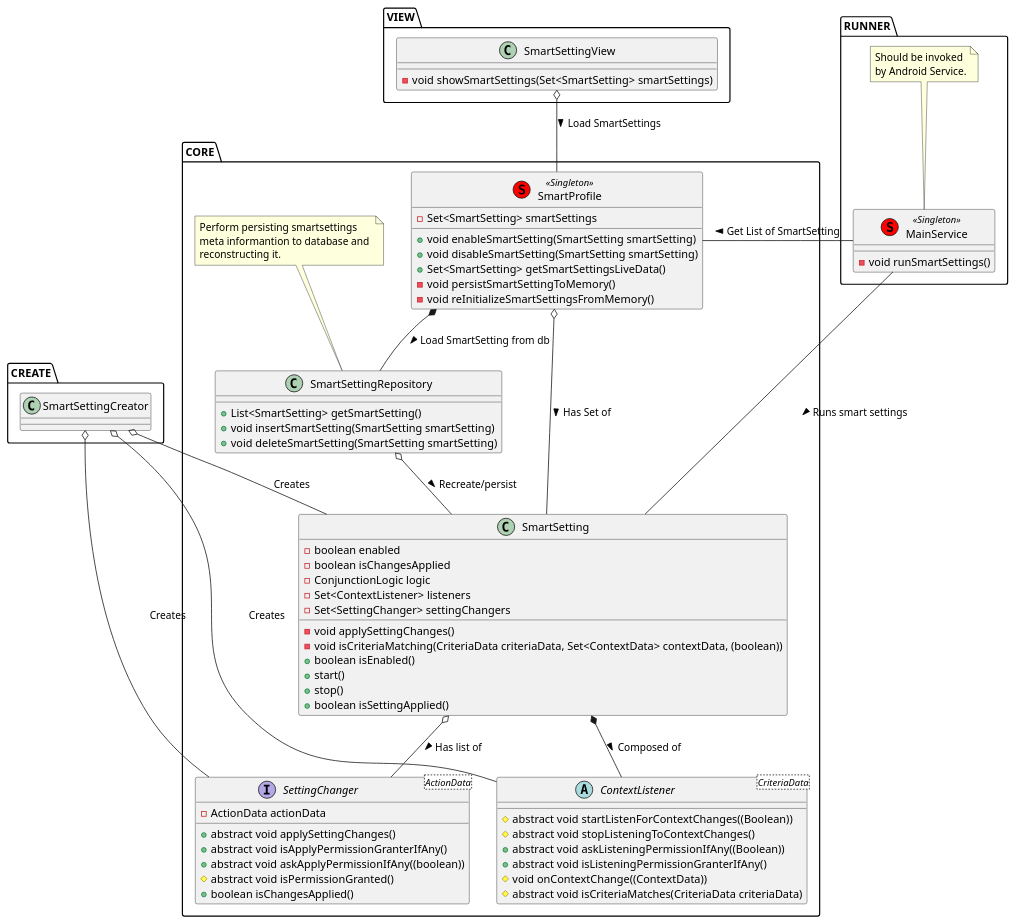
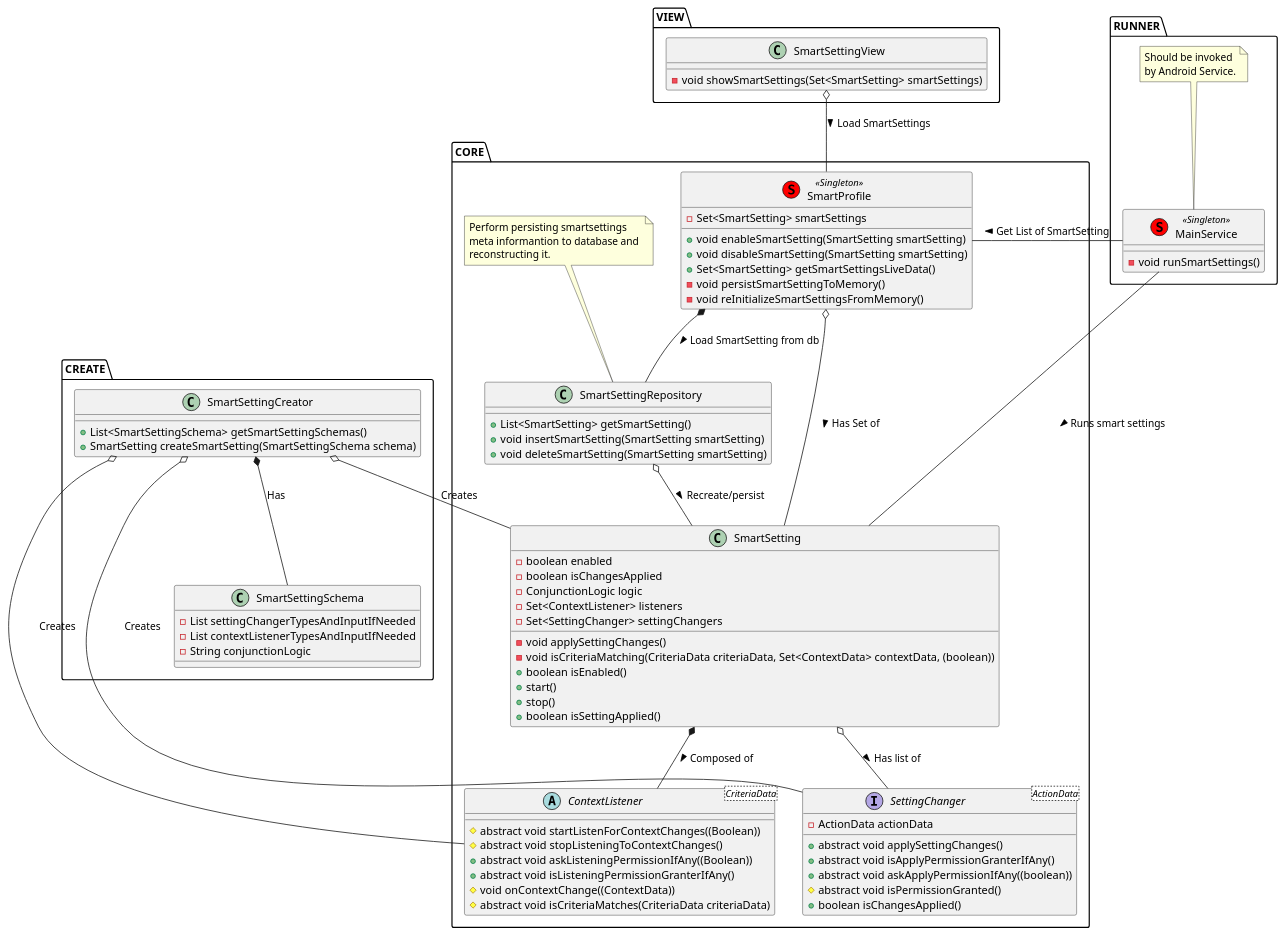
Before and after one commit to praslnx8/SmartSettings: the diagram in MDD/class_diagram.puml, drawn with PlantUML. The commit also changed 38 other files, not shown here.

```diff
--- a/MDD/class_diagram.puml
+++ b/MDD/class_diagram.puml
@@ -1,94 +1,103 @@
 @startuml
 
 package CORE {
 
 abstract class ContextListener<CriteriaData> {
     # abstract void startListenForContextChanges((Boolean))
     # abstract void stopListeningToContextChanges()
     + abstract void askListeningPermissionIfAny((Boolean))
     + abstract void isListeningPermissionGranterIfAny()
     # void onContextChange((ContextData))
     # abstract void isCriteriaMatches(CriteriaData criteriaData)
 }
 
 interface SettingChanger<ActionData> {
     - ActionData actionData
     + abstract void applySettingChanges()
     + abstract void isApplyPermissionGranterIfAny()
     + abstract void askApplyPermissionIfAny((boolean))
     # abstract void isPermissionGranted()
     + boolean isChangesApplied()
 }
 
 class SmartSetting {
     - boolean enabled
     - boolean isChangesApplied
     - ConjunctionLogic logic
     - Set<ContextListener> listeners
     - Set<SettingChanger> settingChangers
     - void applySettingChanges()
     - void isCriteriaMatching(CriteriaData criteriaData, Set<ContextData> contextData, (boolean))
     + boolean isEnabled()
     + start()
     + stop()
     + boolean isSettingApplied()
 }
 
 SmartSetting *-- ContextListener : Composed of >
 SmartSetting o-- SettingChanger : Has list of >
 
 class SmartSettingRepository {
 
     + List<SmartSetting> getSmartSetting()
     + void insertSmartSetting(SmartSetting smartSetting)
     + void deleteSmartSetting(SmartSetting smartSetting)
 }
 
 note top of SmartSettingRepository : Perform persisting smartsettings \nmeta informantion to database and \nreconstructing it.
 
 SmartSettingRepository o-- SmartSetting : Recreate/persist >
 
 class SmartProfile <<(S,red) Singleton>> {
     - Set<SmartSetting> smartSettings
     + void enableSmartSetting(SmartSetting smartSetting)
     + void disableSmartSetting(SmartSetting smartSetting)
     + Set<SmartSetting> getSmartSettingsLiveData()
     - void persistSmartSettingToMemory()
     - void reInitializeSmartSettingsFromMemory()
 }
 
 SmartProfile o-- SmartSetting : Has Set of >
 SmartProfile *-- SmartSettingRepository : Load SmartSetting from db >
 }
 
 package RUNNER {
 
 class MainService <<(S,red) Singleton>> {
     - void runSmartSettings()
 }
 
 note top of MainService : Should be invoked \nby Android Service.
 
 MainService - SmartSetting : Runs smart settings >
 MainService - SmartProfile : Get List of SmartSetting >
 }
 
 package VIEW {
     class SmartSettingView {
         - void showSmartSettings(Set<SmartSetting> smartSettings)
     }
 
     SmartSettingView o-- SmartProfile : Load SmartSettings >
 }
 
 package CREATE {
 
-    class SmartSettingCreator {
+    class SmartSettingSchema {
+        - List settingChangerTypesAndInputIfNeeded
+        - List contextListenerTypesAndInputIfNeeded
+        - String conjunctionLogic
     }
 
+    class SmartSettingCreator {
+        + List<SmartSettingSchema> getSmartSettingSchemas()
+        + SmartSetting createSmartSetting(SmartSettingSchema schema)
+    }
+
+    SmartSettingCreator *-- SmartSettingSchema: Has
     SmartSettingCreator o-- SmartSetting : Creates
     SmartSettingCreator o-- SettingChanger : Creates
     SmartSettingCreator o-- ContextListener : Creates
 }
 
 @enduml
```
